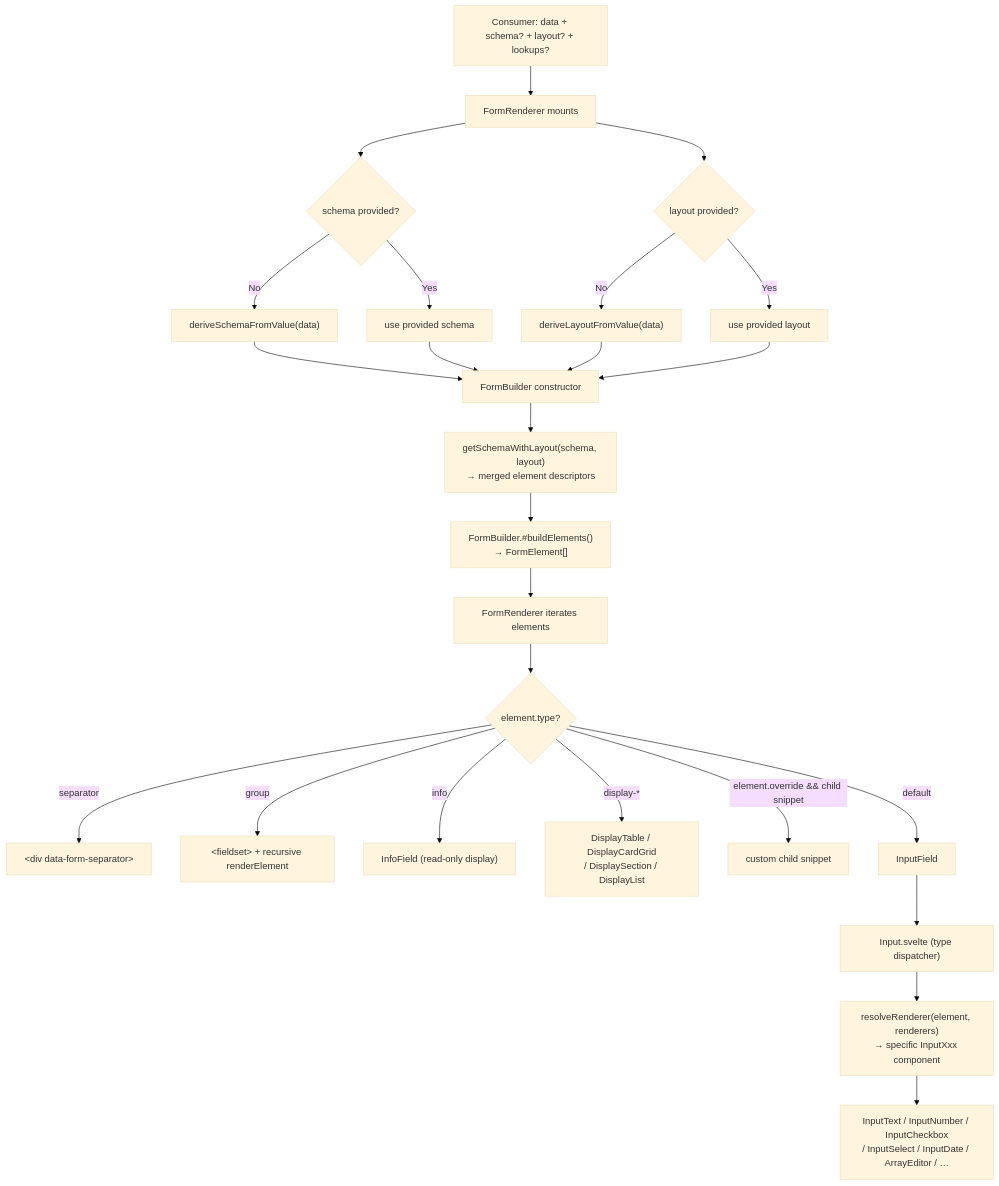
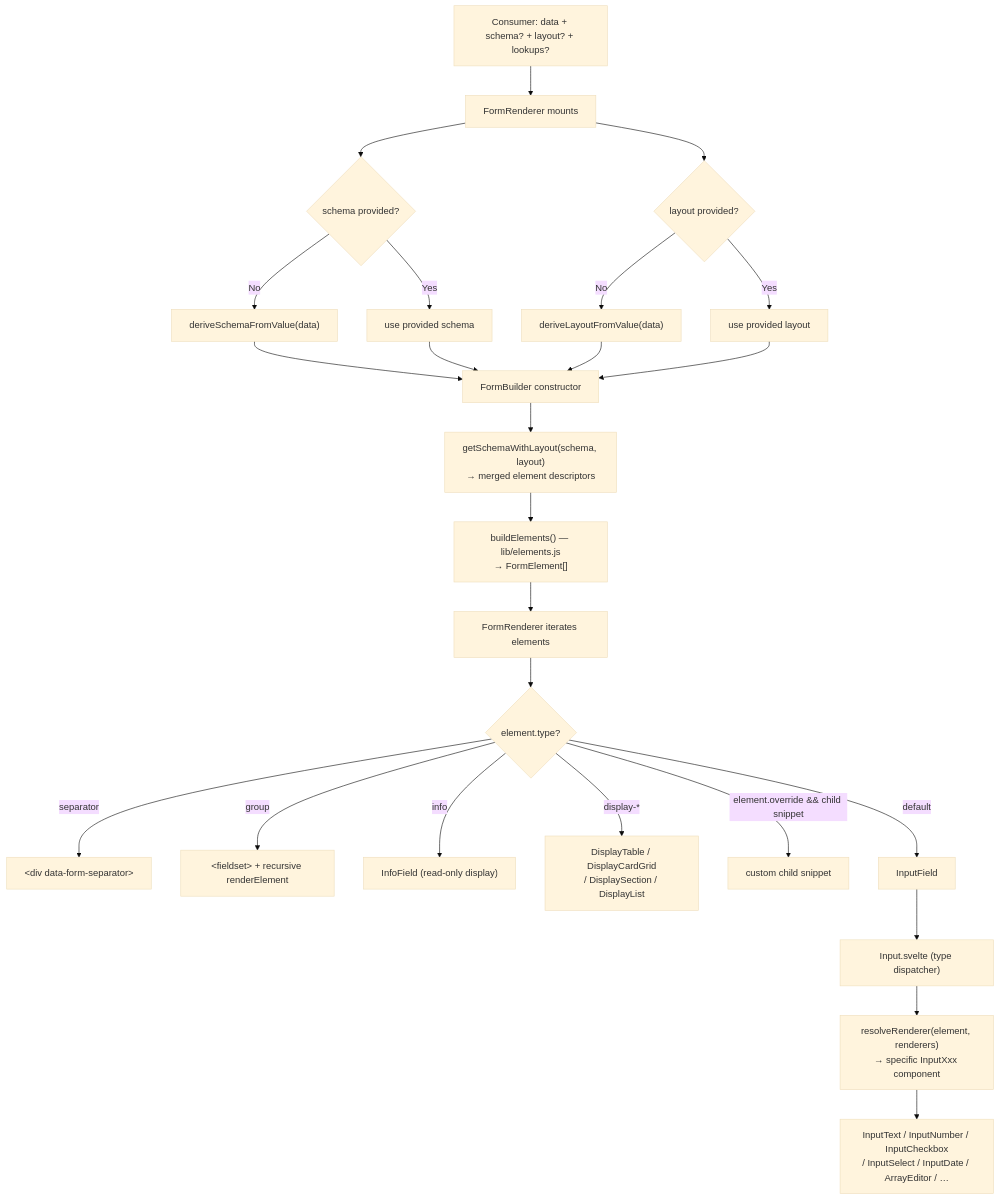
Before and after one commit to jerrythomas/rokkit: the first of 4 diagrams in docs/design/03-forms.md, drawn with Mermaid (base theme). The commit also changed other lines of this file and 3 other files, not shown here.

First line of the commit message:
docs: FormBuilder is a composition — forms design doc and llms; re-measured

````diff
--- a/docs/design/03-forms.md
+++ b/docs/design/03-forms.md
@@ -41,27 +41,27 @@
 ```mermaid
 flowchart TD
     A["Consumer: data + schema? + layout? + lookups?"] --> B["FormRenderer mounts"]
     B --> C{"schema provided?"}
     C -- No --> D["deriveSchemaFromValue(data)"]
     C -- Yes --> E["use provided schema"]
     D --> F["FormBuilder constructor"]
     E --> F
     B --> G{"layout provided?"}
     G -- No --> H["deriveLayoutFromValue(data)"]
     G -- Yes --> I["use provided layout"]
     H --> F
     I --> F
     F --> J["getSchemaWithLayout(schema, layout)\n→ merged element descriptors"]
-    J --> K["FormBuilder.#buildElements()\n→ FormElement[]"]
+    J --> K["buildElements() — lib/elements.js\n→ FormElement[]"]
     K --> L["FormRenderer iterates elements"]
     L --> M{"element.type?"}
     M -- separator --> N["&lt;div data-form-separator&gt;"]
     M -- group --> O["&lt;fieldset&gt; + recursive renderElement"]
     M -- info --> P["InfoField (read-only display)"]
     M -- display-* --> Q["DisplayTable / DisplayCardGrid\n/ DisplaySection / DisplayList"]
     M -- element.override && child snippet --> R["custom child snippet"]
     M -- default --> S["InputField"]
     S --> T["Input.svelte (type dispatcher)"]
     T --> U["resolveRenderer(element, renderers)\n→ specific InputXxx component"]
     U --> V["InputText / InputNumber / InputCheckbox\n/ InputSelect / InputDate / ArrayEditor / …"]
 ```
````
